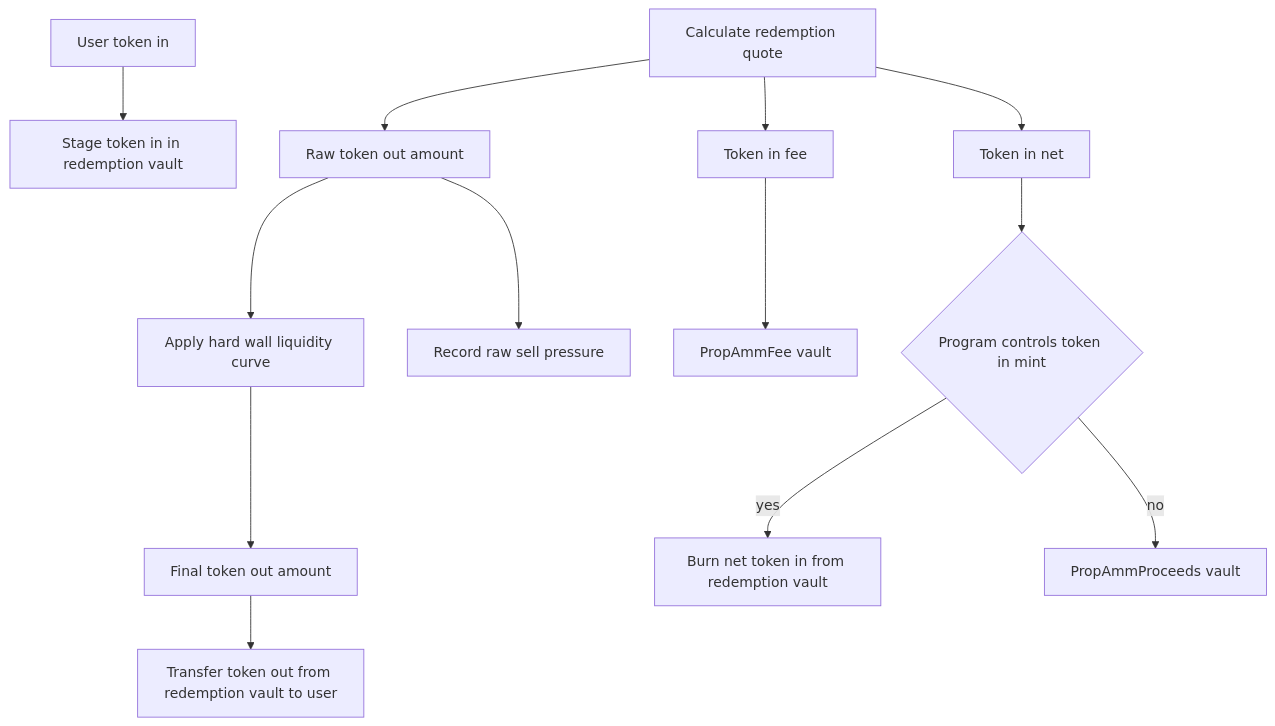
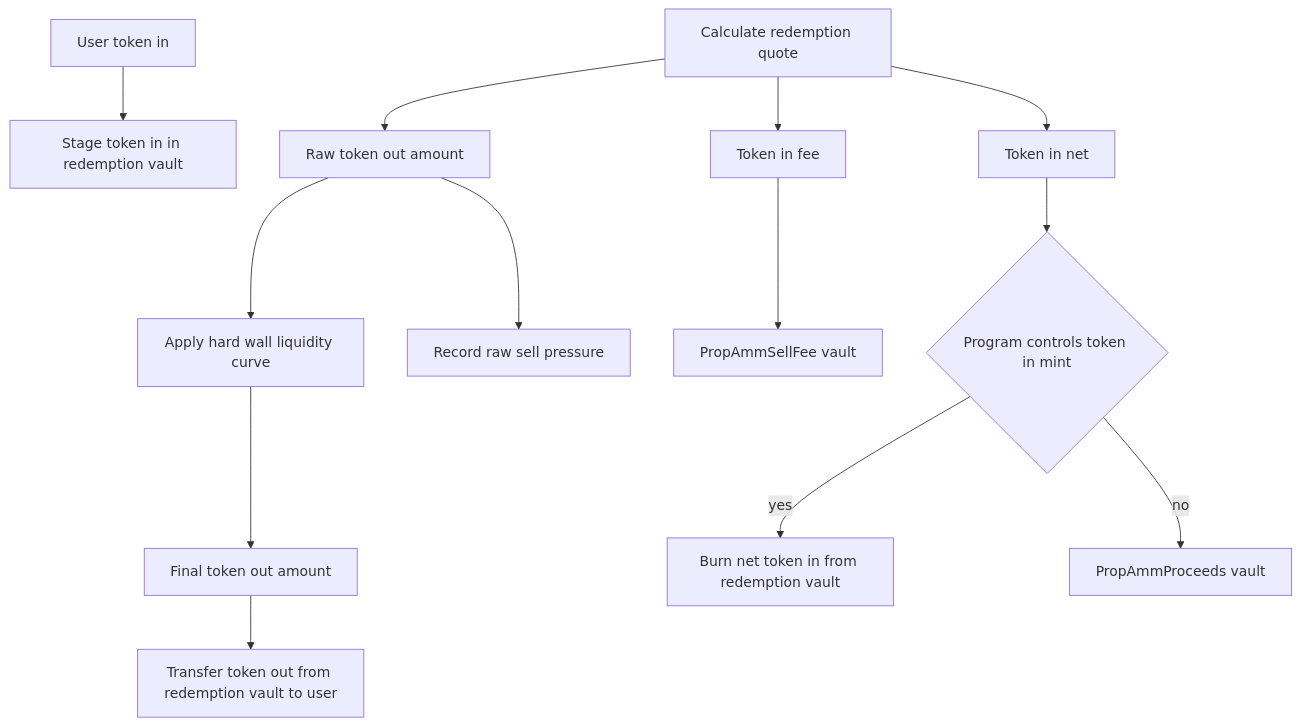
Before and after one commit to talllo/onre-sol-fuzz: the eighth of 8 diagrams in docs/TOKEN_FLOW_ROUTING.md, drawn with Mermaid. The commit also changed other lines of this file and 3 other files, not shown here.

Commit message:
Expose prop amm sell fee in redemption CLI

````diff
--- a/docs/TOKEN_FLOW_ROUTING.md
+++ b/docs/TOKEN_FLOW_ROUTING.md
@@ -217,20 +220,20 @@
 ```mermaid
 flowchart TD
     Calc[Calculate redemption quote]
     Calc --> RawOut[Raw token out amount]
     RawOut --> Wall[Apply hard wall liquidity curve]
     Wall --> FinalOut[Final token out amount]
     RawOut --> RecordSell[Record raw sell pressure]
     UserIn[User token in] --> Stage[Stage token in in redemption vault]
 
     Calc --> Fee[Token in fee]
     Calc --> Net[Token in net]
 
-    Fee --> AmmFee[PropAmmFee vault]
+    Fee --> AmmSellFee[PropAmmSellFee vault]
 
     Net --> InMintMode{Program controls token in mint}
     InMintMode -- yes --> Burn[Burn net token in from redemption vault]
     InMintMode -- no --> AmmProceeds[PropAmmProceeds vault]
 
     FinalOut --> Pay[Transfer token out from redemption vault to user]
 ```
````
